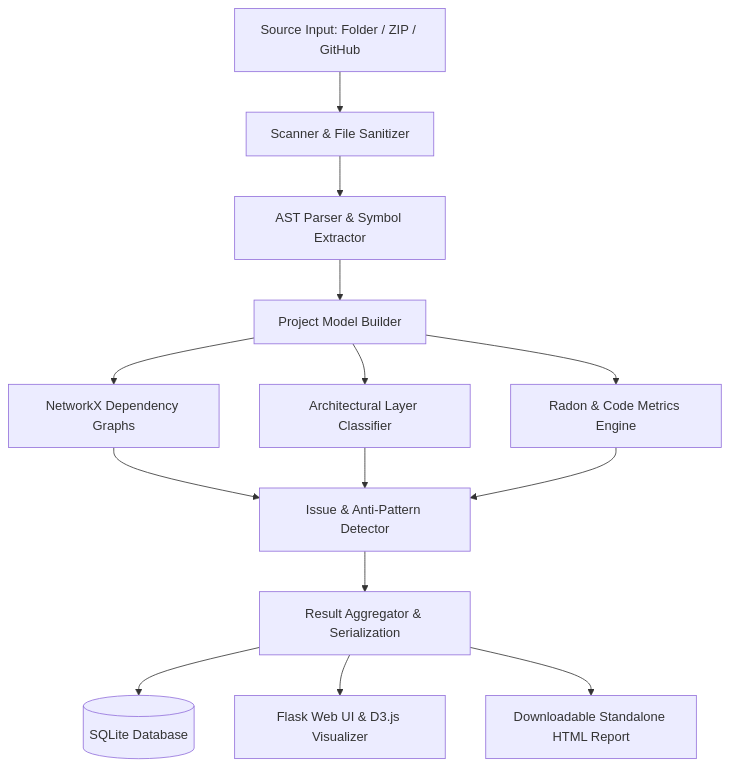
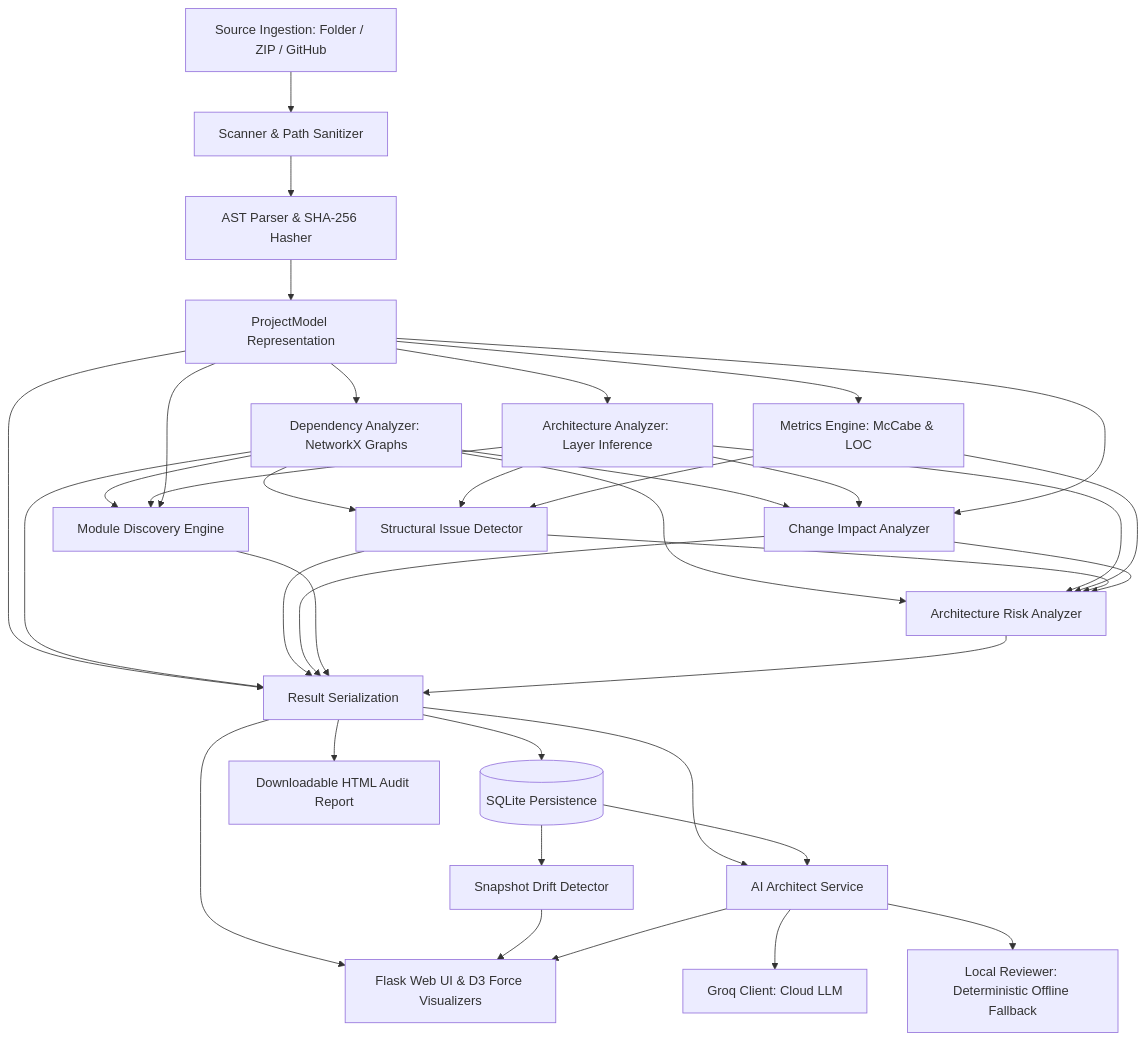
One commit to anaconda2401/ProjectDNA changed the diagram in README.md. Above: the diagram before and after it, drawn with Mermaid. The commit also changed other lines of this file and 46 other files, not shown here.

Commit message:
added llm to analyze the architect

````diff
--- a/README.md
+++ b/README.md
@@ -59,14 +78,21 @@
 ```mermaid
 flowchart TD
-    A[Source Input: Folder / ZIP / GitHub] --> B[Scanner & File Sanitizer]
-    B --> C[AST Parser & Symbol Extractor]
-    C --> D[Project Model Builder]
-    D --> E[NetworkX Dependency Graphs]
-    D --> F[Architectural Layer Classifier]
-    D --> G[Radon & Code Metrics Engine]
-    E & F & G --> H[Issue & Anti-Pattern Detector]
-    H --> I[Result Aggregator & Serialization]
-    I --> J[(SQLite Database)]
-    I --> K[Flask Web UI & D3.js Visualizer]
-    I --> L[Downloadable Standalone HTML Report]
+    A[Source Ingestion: Folder / ZIP / GitHub] --> B[Scanner & Path Sanitizer]
+    B --> C[AST Parser & SHA-256 Hasher]
+    C --> D[ProjectModel Representation]
+    D --> E[Dependency Analyzer: NetworkX Graphs]
+    D --> F[Architecture Analyzer: Layer Inference]
+    D --> G[Metrics Engine: McCabe & LOC]
+    E & F & G --> H[Structural Issue Detector]
+    E & F & D --> I[Change Impact Analyzer]
+    E & F & D --> J[Module Discovery Engine]
+    E & F & G & H & I --> K[Architecture Risk Analyzer]
+    D & E & H & I & J & K --> L[Result Serialization]
+    L --> M[(SQLite Persistence)]
+    M --> N[Snapshot Drift Detector]
+    L & M --> Q[AI Architect Service]
+    Q --> R[Groq Client: Cloud LLM]
+    Q --> S[Local Reviewer: Deterministic Offline Fallback]
+    L & N & Q --> O[Flask Web UI & D3 Force Visualizers]
+    L --> P[Downloadable HTML Audit Report]
 ```
````
